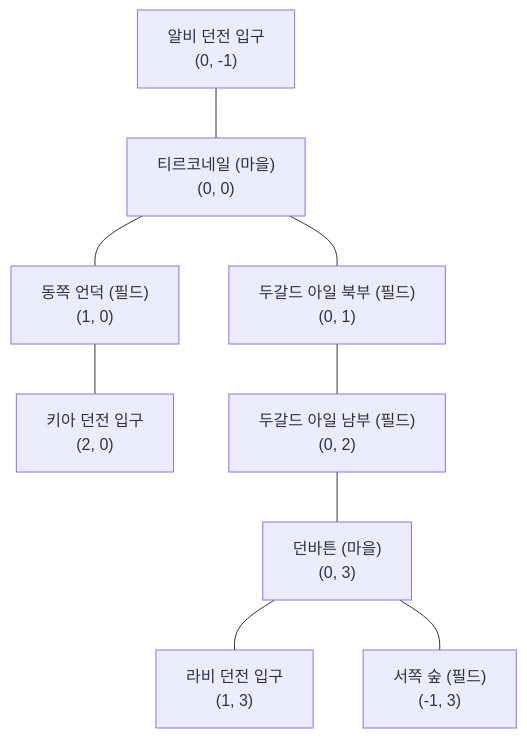
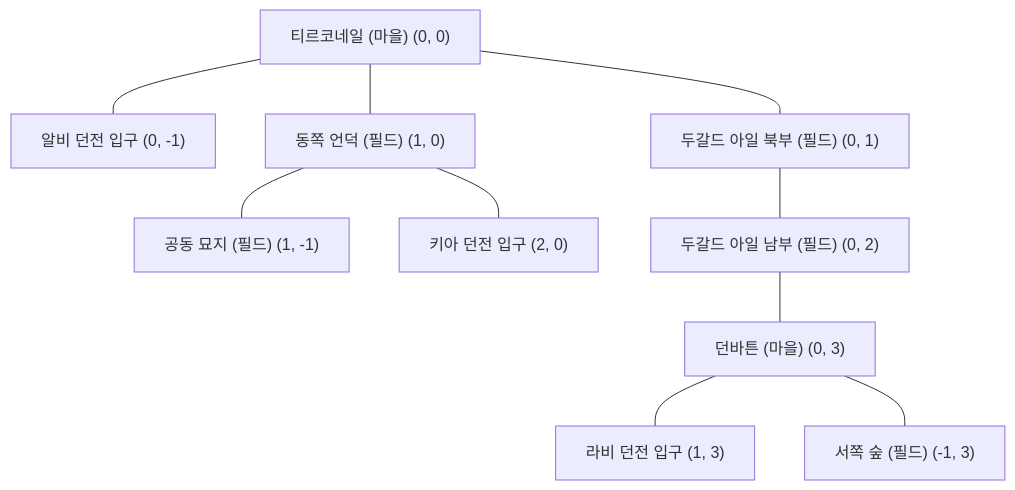
One commit to gonyda/myapps changed the second of 2 diagrams in myrpg/README.md. Above: the diagram before and after it, drawn with Mermaid. The commit also changed other lines of this file and 16 other files, not shown here.

````diff
--- a/myrpg/README.md
+++ b/myrpg/README.md
@@ -364,11 +363,23 @@
 ```mermaid
 graph TD
-    ALBY["알비 던전 입구<br>(0, -1)"] --- TIR["티르코네일 (마을)<br>(0, 0)"]
-    TIR --- DUG_N["두갈드 아일 북부 (필드)<br>(0, 1)"]
-    TIR --- EAST["동쪽 언덕 (필드)<br>(1, 0)"]
-    EAST --- CIAR["키아 던전 입구<br>(2, 0)"]
-    DUG_N --- DUG_S["두갈드 아일 남부 (필드)<br>(0, 2)"]
-    DUG_S --- DUN["던바튼 (마을)<br>(0, 3)"]
-    DUN --- RABBIE["라비 던전 입구<br>(1, 3)"]
-    DUN --- WEST["서쪽 숲 (필드)<br>(-1, 3)"]
+    TIR["티르코네일 (마을) (0, 0)"]
+    ALBY["알비 던전 입구 (0, -1)"]
+    EAST["동쪽 언덕 (필드) (1, 0)"]
+    GRAVE["공동 묘지 (필드) (1, -1)"]
+    CIAR["키아 던전 입구 (2, 0)"]
+    DUG_N["두갈드 아일 북부 (필드) (0, 1)"]
+    DUG_S["두갈드 아일 남부 (필드) (0, 2)"]
+    DUN["던바튼 (마을) (0, 3)"]
+    RABBIE["라비 던전 입구 (1, 3)"]
+    WEST["서쪽 숲 (필드) (-1, 3)"]
+
+    TIR --- ALBY
+    TIR --- EAST
+    TIR --- DUG_N
+    EAST --- GRAVE
+    EAST --- CIAR
+    DUG_N --- DUG_S
+    DUG_S --- DUN
+    DUN --- RABBIE
+    DUN --- WEST
 ```
````
